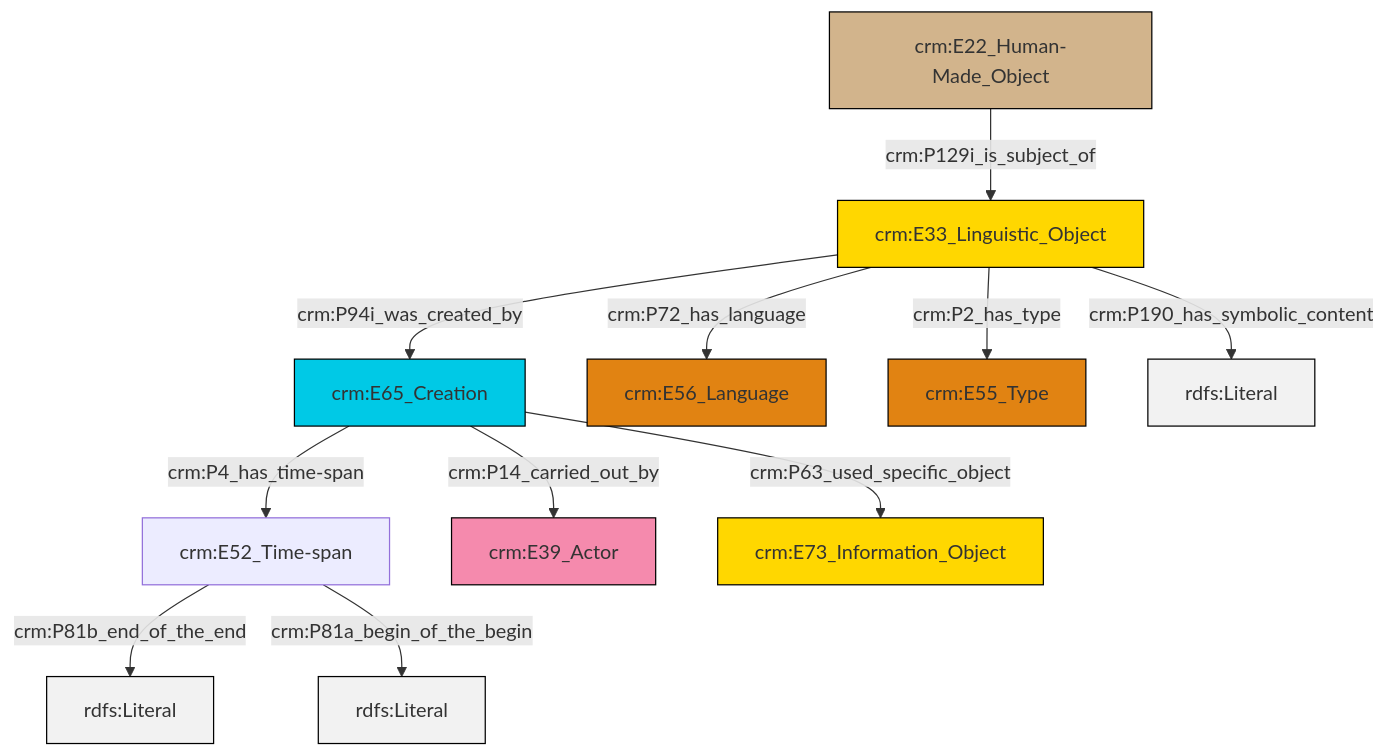
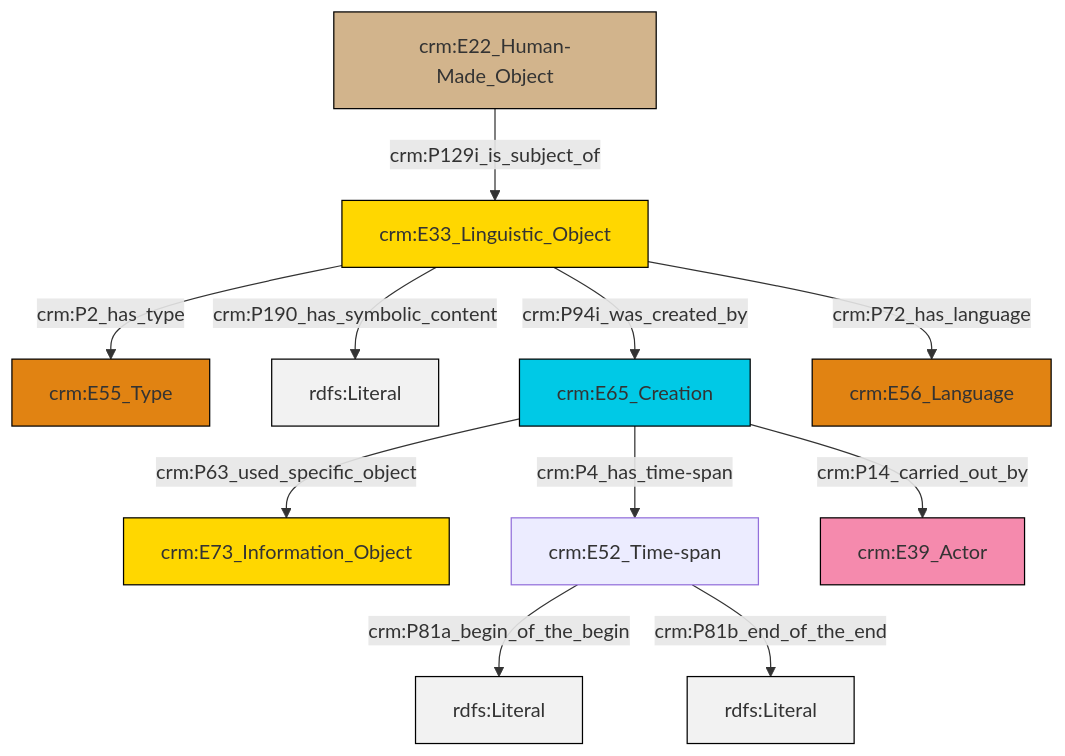
One commit to swiss-art-research-net/docs.swissartresearch changed the diagram in et/carrierCSV/ttl/mmd/carrier_description.ttl.mmd. Above: the diagram before and after it, drawn with Mermaid. The commit also changed 185 other files, not shown here.

```diff
--- a/et/carrierCSV/ttl/mmd/carrier_description.ttl.mmd
+++ b/et/carrierCSV/ttl/mmd/carrier_description.ttl.mmd
@@ -1,25 +1,25 @@
 graph TD
 classDef Literal fill:#f2f2f2,stroke:#000000;
 classDef CRM_Entity fill:#FFFFFF,stroke:#000000;
 classDef Temporal_Entity fill:#00C9E6, stroke:#000000;
 classDef Type fill:#E18312, stroke:#000000;
 classDef Time-Span fill:#2C9C91, stroke:#000000;
 classDef Appellation fill:#FFEB7F, stroke:#000000;
 classDef Place fill:#008836, stroke:#000000;
 classDef Persistent_Item fill:#B266B2, stroke:#000000;
 classDef Conceptual_Object fill:#FFD700, stroke:#000000;
 classDef Physical_Thing fill:#D2B48C, stroke:#000000;
 classDef Actor fill:#f58aad, stroke:#000000;
 classDef PC_Classes fill:#4ce600, stroke:#000000;
 classDef Multi fill:#cccccc,stroke:#000000;
 
-2["crm:E65_Creation"]:::Temporal_Entity -->|crm:P4_has_time-span| 3["crm:E52_Time-span"]:::Default
-3["crm:E52_Time-span"]:::Default -->|crm:P81b_end_of_the_end| 6[rdfs:Literal]:::Literal
-3["crm:E52_Time-span"]:::Default -->|crm:P81a_begin_of_the_begin| 9[rdfs:Literal]:::Literal
-2["crm:E65_Creation"]:::Temporal_Entity -->|crm:P14_carried_out_by| 10["crm:E39_Actor"]:::Actor
-12["crm:E33_Linguistic_Object"]:::Conceptual_Object -->|crm:P190_has_symbolic_content| 13[rdfs:Literal]:::Literal
-12["crm:E33_Linguistic_Object"]:::Conceptual_Object -->|crm:P2_has_type| 7["crm:E55_Type"]:::Type
-12["crm:E33_Linguistic_Object"]:::Conceptual_Object -->|crm:P72_has_language| 4["crm:E56_Language"]:::Type
-0["crm:E22_Human-Made_Object"]:::Physical_Thing -->|crm:P129i_is_subject_of| 12["crm:E33_Linguistic_Object"]:::Conceptual_Object
-12["crm:E33_Linguistic_Object"]:::Conceptual_Object -->|crm:P94i_was_created_by| 2["crm:E65_Creation"]:::Temporal_Entity
-2["crm:E65_Creation"]:::Temporal_Entity -->|crm:P63_used_specific_object| 14["crm:E73_Information_Object"]:::Conceptual_Object
+6["crm:E33_Linguistic_Object"]:::Conceptual_Object -->|crm:P2_has_type| 7["crm:E55_Type"]:::Type
+6["crm:E33_Linguistic_Object"]:::Conceptual_Object -->|crm:P190_has_symbolic_content| 8[rdfs:Literal]:::Literal
+6["crm:E33_Linguistic_Object"]:::Conceptual_Object -->|crm:P94i_was_created_by| 9["crm:E65_Creation"]:::Temporal_Entity
+2["crm:E22_Human-Made_Object"]:::Physical_Thing -->|crm:P129i_is_subject_of| 6["crm:E33_Linguistic_Object"]:::Conceptual_Object
+9["crm:E65_Creation"]:::Temporal_Entity -->|crm:P4_has_time-span| 4["crm:E52_Time-span"]:::Default
+9["crm:E65_Creation"]:::Temporal_Entity -->|crm:P14_carried_out_by| 12["crm:E39_Actor"]:::Actor
+4["crm:E52_Time-span"]:::Default -->|crm:P81a_begin_of_the_begin| 14[rdfs:Literal]:::Literal
+6["crm:E33_Linguistic_Object"]:::Conceptual_Object -->|crm:P72_has_language| 15["crm:E56_Language"]:::Type
+9["crm:E65_Creation"]:::Temporal_Entity -->|crm:P63_used_specific_object| 0["crm:E73_Information_Object"]:::Conceptual_Object
+4["crm:E52_Time-span"]:::Default -->|crm:P81b_end_of_the_end| 17[rdfs:Literal]:::Literal
```
